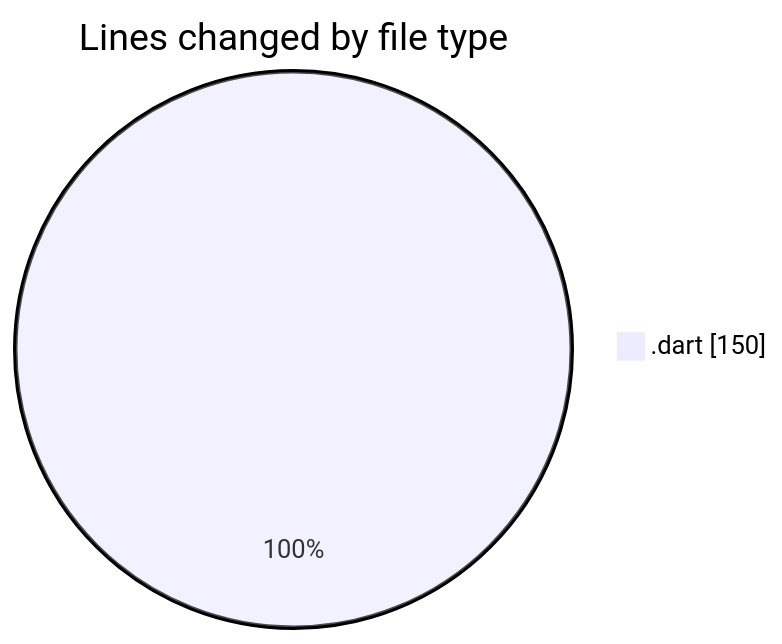
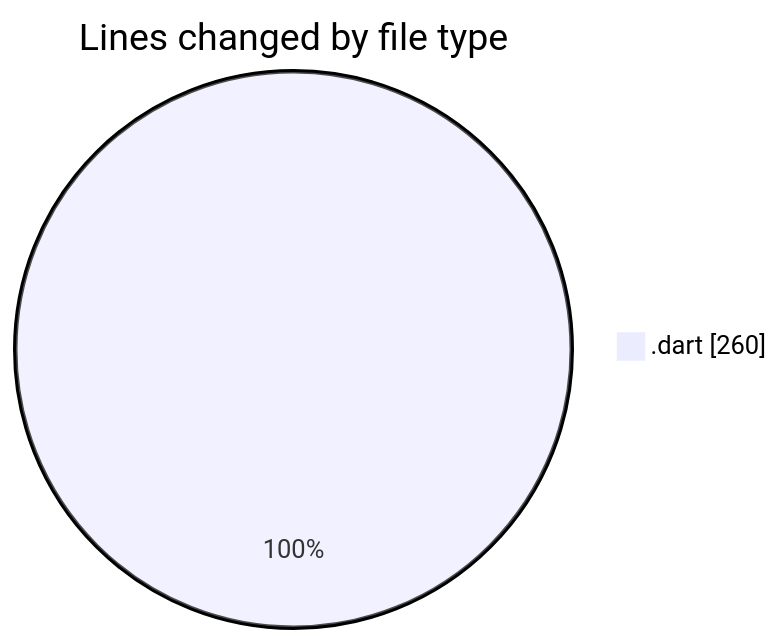
Before and after one commit to donsfak/code-tracking: the first of 2 diagrams in 2025-01-04/trackers_app/README.md, drawn with Mermaid. The commit also changed other lines of this file and 1 other file, not shown here.

````diff
--- a/2025-01-04/trackers_app/README.md
+++ b/2025-01-04/trackers_app/README.md
@@ -21,5 +22,5 @@
 ```mermaid
 pie showData
 title Lines changed by file type
-".dart" : 150
+".dart" : 260
 ```
````
